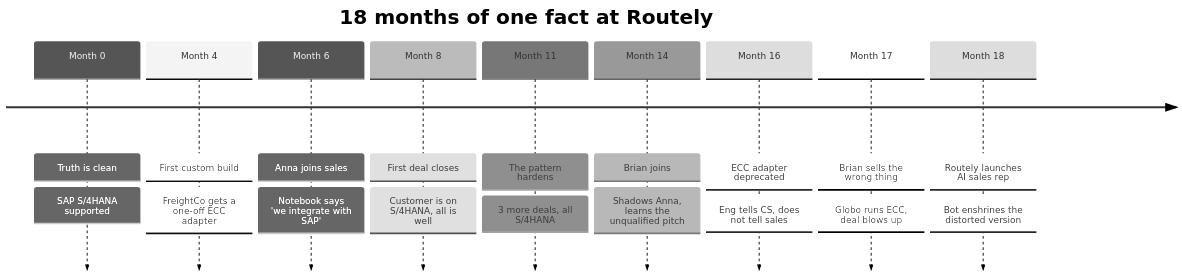
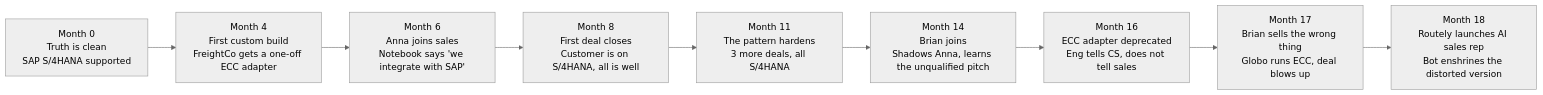
The sixth of 10 diagrams in src/data/blog/belief-based-systems.md (lazycoder1/personal-blog), drawn with Mermaid (neutral theme) before and after one commit.

Commit message:
Convert Routely 18-month diagram from timeline to flowchart LR
Per the official Mermaid timeline docs there's no built-in way to hide
the dashed connectors or the arrowheads pointing into nothing below
each event column — only colors are styleable. The result clashes
visually with the post's other flowcharts and reads as broken to a
reader who hasn't seen a mermaid timeline before.

Same horizontal-narrative effect via flowchart LR: nine month-nodes
chained with simple arrows, each with period + two-line story via
<br/> (which only works in flowchart label types, not timeline). Color
progression follows the story arc: good (Month 0) → catch (4-16, the
slow-rot phase) → bad (17-18, the failures).

````diff
--- a/src/data/blog/belief-based-systems.md
+++ b/src/data/blog/belief-based-systems.md
@@ -248,13 +248,14 @@
 ```mermaid
-timeline
-  title 18 months of one fact at Routely
-  Month 0  : Truth is clean : SAP S/4HANA supported
-  Month 4  : First custom build : FreightCo gets a one-off ECC adapter
-  Month 6  : Anna joins sales : Notebook says 'we integrate with SAP'
-  Month 8  : First deal closes : Customer is on S/4HANA, all is well
-  Month 11 : The pattern hardens : 3 more deals, all S/4HANA
-  Month 14 : Brian joins : Shadows Anna, learns the unqualified pitch
-  Month 16 : ECC adapter deprecated : Eng tells CS, does not tell sales
-  Month 17 : Brian sells the wrong thing : Globo runs ECC, deal blows up
-  Month 18 : Routely launches AI sales rep : Bot enshrines the distorted version
+flowchart LR
+  M0["Month 0<br/>Truth is clean<br/>SAP S/4HANA supported"]:::good
+  M4["Month 4<br/>First custom build<br/>FreightCo gets a one-off ECC adapter"]:::catch
+  M6["Month 6<br/>Anna joins sales<br/>Notebook says 'we integrate with SAP'"]:::catch
+  M8["Month 8<br/>First deal closes<br/>Customer is on S/4HANA, all is well"]:::catch
+  M11["Month 11<br/>The pattern hardens<br/>3 more deals, all S/4HANA"]:::catch
+  M14["Month 14<br/>Brian joins<br/>Shadows Anna, learns the unqualified pitch"]:::catch
+  M16["Month 16<br/>ECC adapter deprecated<br/>Eng tells CS, does not tell sales"]:::catch
+  M17["Month 17<br/>Brian sells the wrong thing<br/>Globo runs ECC, deal blows up"]:::bad
+  M18["Month 18<br/>Routely launches AI sales rep<br/>Bot enshrines the distorted version"]:::bad
+
+  M0 --> M4 --> M6 --> M8 --> M11 --> M14 --> M16 --> M17 --> M18
 ```
````
